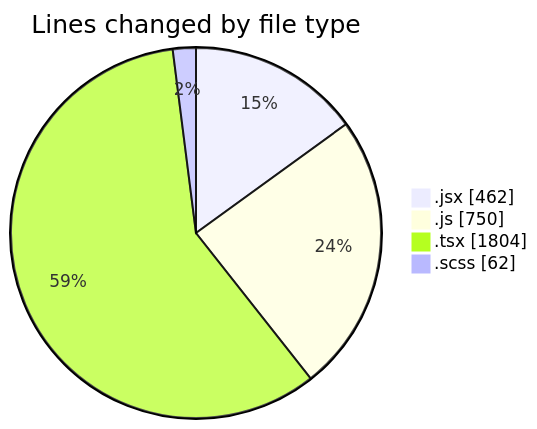
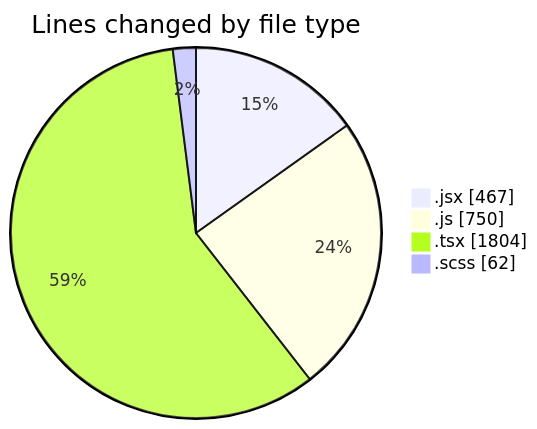
Before and after one commit to momahboobian/code-tracking: the first of 2 diagrams in 2026-02-12/cda/README.md, drawn with Mermaid. The commit also changed other lines of this file and 1 other file, not shown here.

````diff
--- a/2026-02-12/cda/README.md
+++ b/2026-02-12/cda/README.md
@@ -27,8 +27,8 @@
 ```mermaid
 pie showData
 title Lines changed by file type
-".jsx" : 462
+".jsx" : 467
 ".js" : 750
 ".tsx" : 1804
 ".scss" : 62
 ```
````
